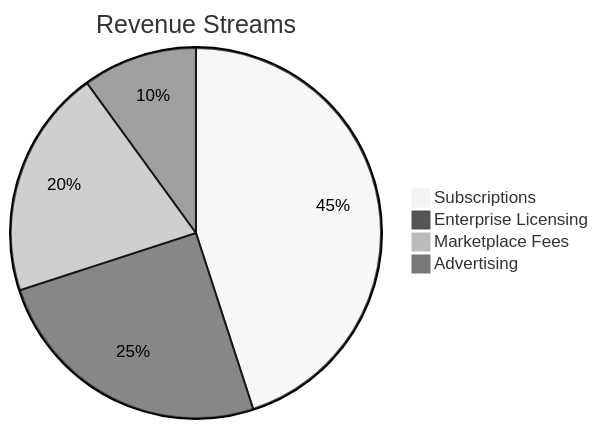
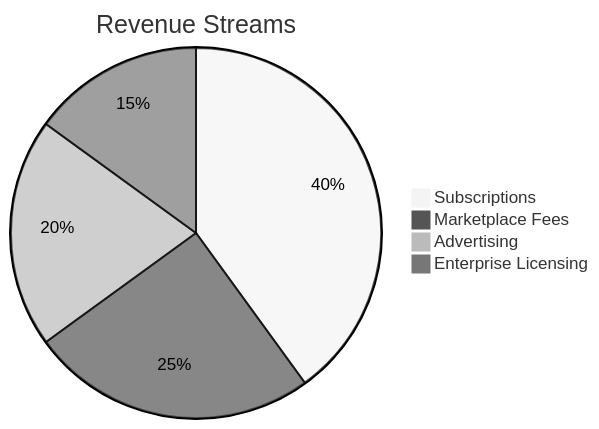
One commit to saikanov/ridwan-curhat changed the fourth of 5 diagrams in README.md. Above: the diagram before and after it, drawn with Mermaid (neutral theme). The commit also changed other lines of this file, not shown here.

````diff
--- a/README.md
+++ b/README.md
@@ -153,8 +142,8 @@
 ```mermaid
 pie
-title Revenue Streams
-"Subscriptions": 45
-"Enterprise Licensing": 25
-"Marketplace Fees": 20
-"Advertising": 10
+    title Revenue Streams
+    "Subscriptions": 40
+    "Marketplace Fees": 25
+    "Advertising": 20
+    "Enterprise Licensing": 15
 ```
````
